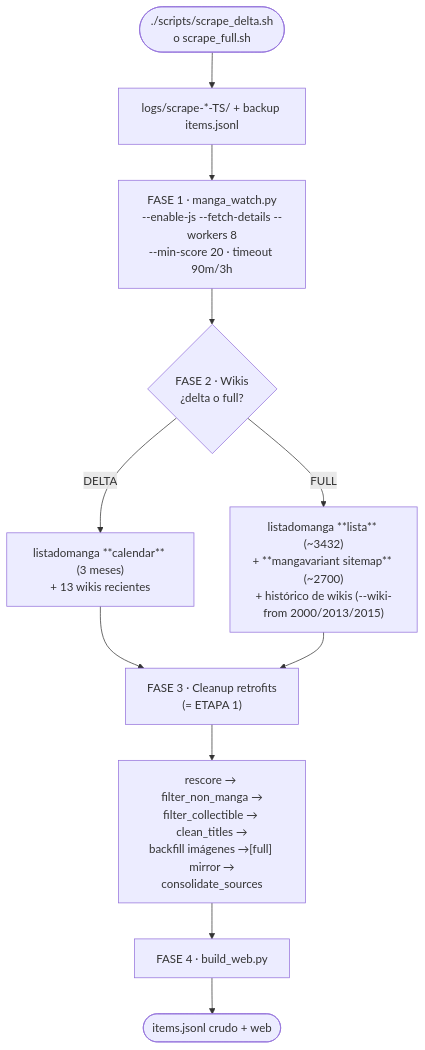
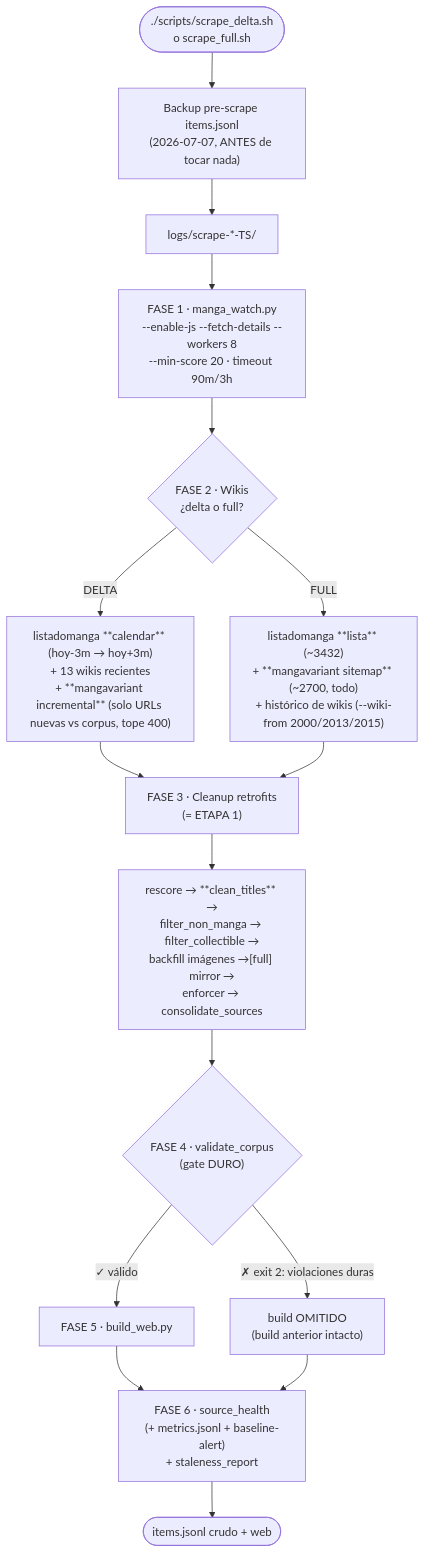
One commit to MineiToshio/PandaWatch changed the third of 6 diagrams in docs/scraper/PIPELINE-WALKTHROUGH.md. Above: the diagram before and after it, drawn with Mermaid. The commit also changed other lines of this file and 50 other files, not shown here.

First line of the commit message:
feat(ingestion): auditoría exhaustiva full+delta — discovery, confiabilidad, señal y dedup

````diff
--- a/docs/scraper/PIPELINE-WALKTHROUGH.md
+++ b/docs/scraper/PIPELINE-WALKTHROUGH.md
@@ -153,13 +162,18 @@
 ```mermaid
 flowchart TD
-    START([./scripts/scrape_delta.sh<br/>o scrape_full.sh]) --> LOG["logs/scrape-*-TS/ + backup items.jsonl"]
+    START([./scripts/scrape_delta.sh<br/>o scrape_full.sh]) --> BAK["Backup pre-scrape items.jsonl<br/>(2026-07-07, ANTES de tocar nada)"]
+    BAK --> LOG["logs/scrape-*-TS/"]
     LOG --> F1["FASE 1 · manga_watch.py<br/>--enable-js --fetch-details --workers 8<br/>--min-score 20 · timeout 90m/3h"]
     F1 --> F2{"FASE 2 · Wikis<br/>¿delta o full?"}
-    F2 -->|DELTA| D2["listadomanga **calendar** (3 meses)<br/>+ 13 wikis recientes"]
-    F2 -->|FULL| FU2["listadomanga **lista** (~3432)<br/>+ **mangavariant sitemap** (~2700)<br/>+ histórico de wikis (--wiki-from 2000/2013/2015)"]
+    F2 -->|DELTA| D2["listadomanga **calendar** (hoy-3m → hoy+3m)<br/>+ 13 wikis recientes<br/>+ **mangavariant incremental** (solo URLs nuevas vs corpus, tope 400)"]
+    F2 -->|FULL| FU2["listadomanga **lista** (~3432)<br/>+ **mangavariant sitemap** (~2700, todo)<br/>+ histórico de wikis (--wiki-from 2000/2013/2015)"]
     D2 --> F3
     FU2 --> F3
-    F3["FASE 3 · Cleanup retrofits<br/>(= ETAPA 1)"] --> R["rescore → filter_non_manga →<br/>filter_collectible → clean_titles →<br/>backfill imágenes →[full] mirror →<br/>consolidate_sources"]
-    R --> F4["FASE 4 · build_web.py"]
-    F4 --> END([items.jsonl crudo + web])
+    F3["FASE 3 · Cleanup retrofits<br/>(= ETAPA 1)"] --> R["rescore → **clean_titles** →<br/>filter_non_manga → filter_collectible →<br/>backfill imágenes →[full] mirror →<br/>enforcer → consolidate_sources"]
+    R --> F4{"FASE 4 · validate_corpus<br/>(gate DURO)"}
+    F4 -->|✗ exit 2: violaciones duras| SKIP["build OMITIDO<br/>(build anterior intacto)"]
+    F4 -->|✓ válido| F5["FASE 5 · build_web.py"]
+    F5 --> F6["FASE 6 · source_health<br/>(+ metrics.jsonl + baseline-alert)<br/>+ staleness_report"]
+    SKIP --> F6
+    F6 --> END([items.jsonl crudo + web])
 ```
````
